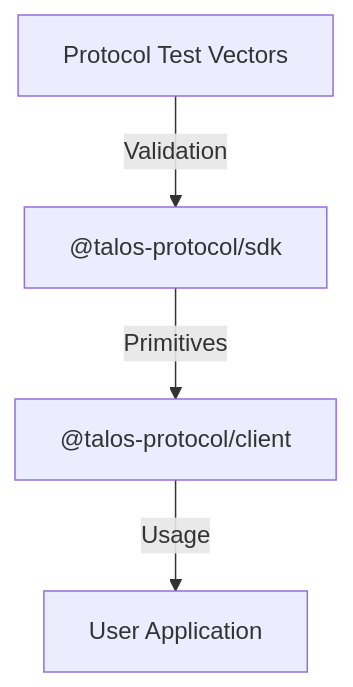
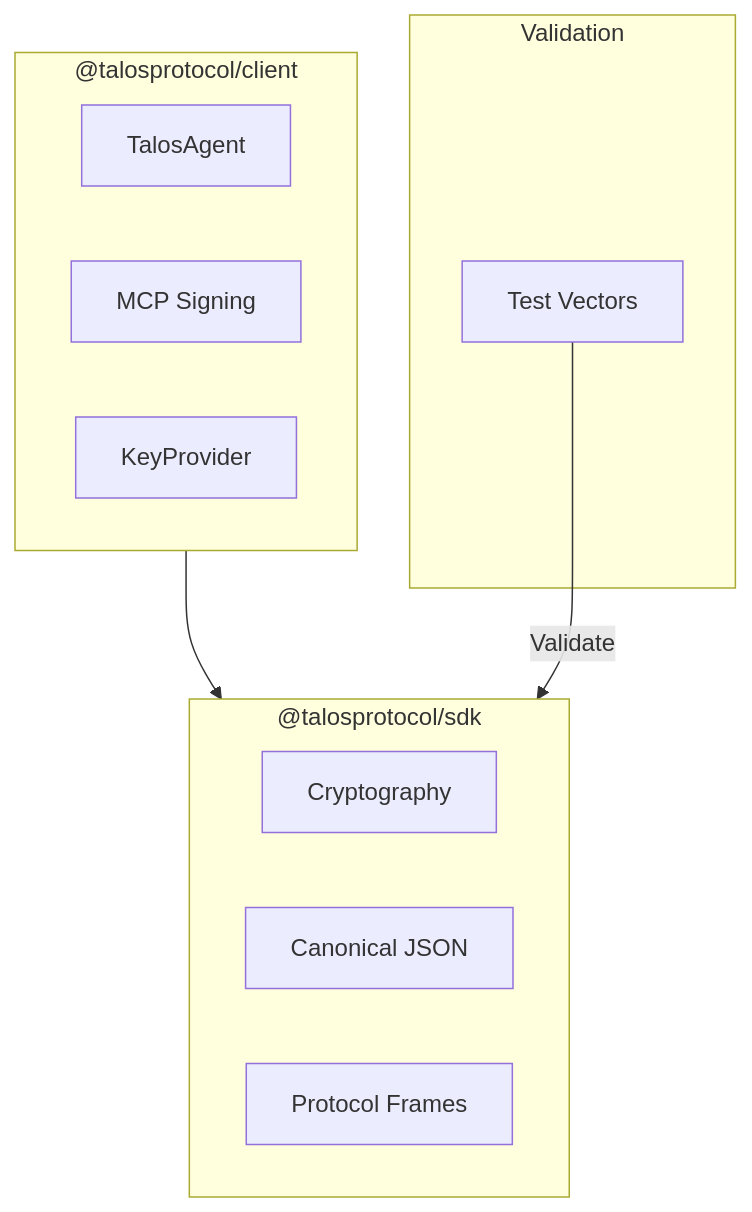
Before and after one commit to talosprotocol/talos-sdk-ts: the diagram in README.md, drawn with Mermaid. The commit also changed other lines of this file and 17 other files, not shown here.

````diff
--- a/README.md
+++ b/README.md
@@ -24,6 +26,22 @@
 ```mermaid
 graph TD
-    Vectors[Protocol Test Vectors] -->|Validation| SDK["@talos-protocol/sdk"]
-    SDK -->|Primitives| Client["@talos-protocol/client"]
-    Client -->|Usage| App[User Application]
+    subgraph SDK ["@talosprotocol/sdk"]
+        Crypto[Cryptography]
+        JSON[Canonical JSON]
+        Frames[Protocol Frames]
+    end
+
+    subgraph Client ["@talosprotocol/client"]
+        Agent[TalosAgent]
+        Sign[MCP Signing]
+        Keys[KeyProvider]
+    end
+
+    Client --> SDK
+
+    subgraph Validation
+        Vectors[Test Vectors]
+    end
+
+    Vectors -->|"Validate"| SDK
 ```
````
